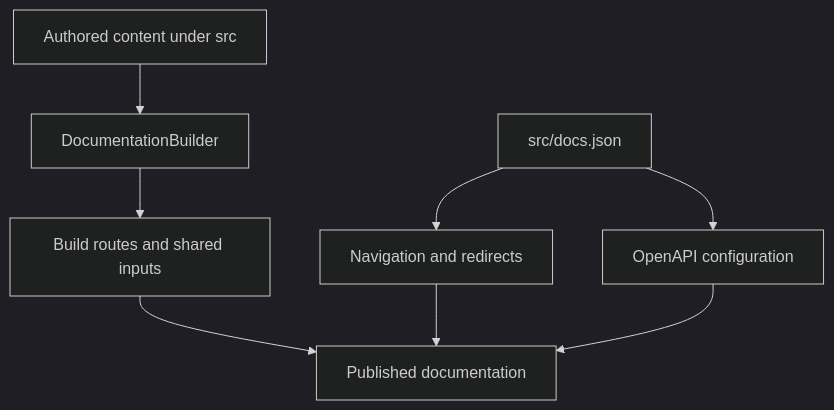
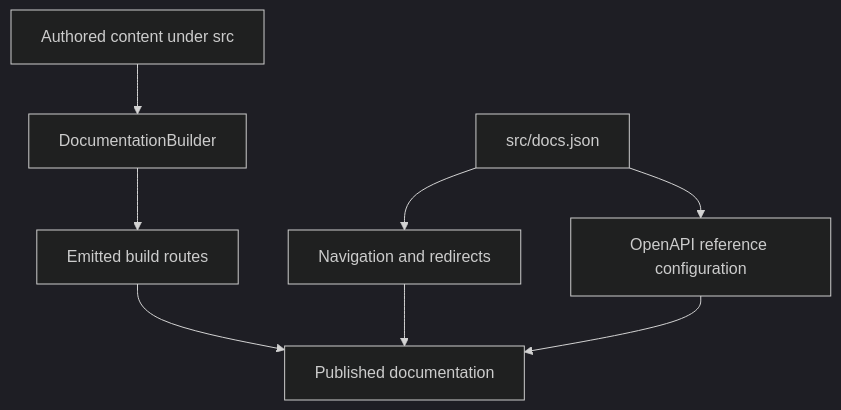
One commit to langchain-ai/docs changed the diagram in openwiki/architecture/source-map.md. Above: the diagram before and after it, drawn with Mermaid (dark theme). The commit also changed other lines of this file and 13 other files, not shown here.

````diff
--- a/openwiki/architecture/source-map.md
+++ b/openwiki/architecture/source-map.md
@@ -31,10 +47,10 @@
 ```mermaid
 flowchart TD
     Source["Authored content under src"] --> Builder["DocumentationBuilder"]
-    Builder --> Output["Build routes and shared inputs"]
+    Builder --> Routes["Emitted build routes"]
     Config["src/docs.json"] --> Navigation["Navigation and redirects"]
-    Config --> Api["OpenAPI configuration"]
-    Output --> Site["Published documentation"]
+    Config --> Reference["OpenAPI reference configuration"]
+    Routes --> Site["Published documentation"]
     Navigation --> Site
-    Api --> Site
+    Reference --> Site
 ```
````
